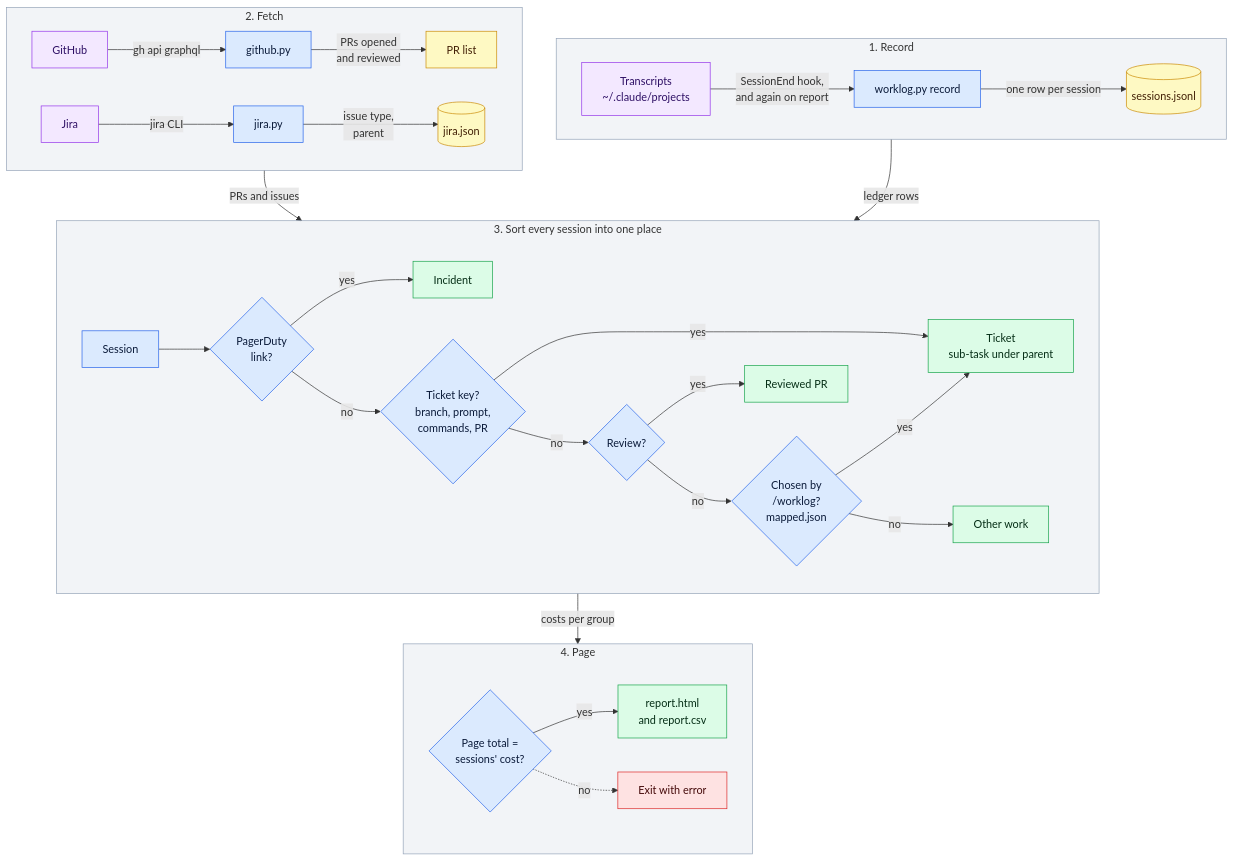
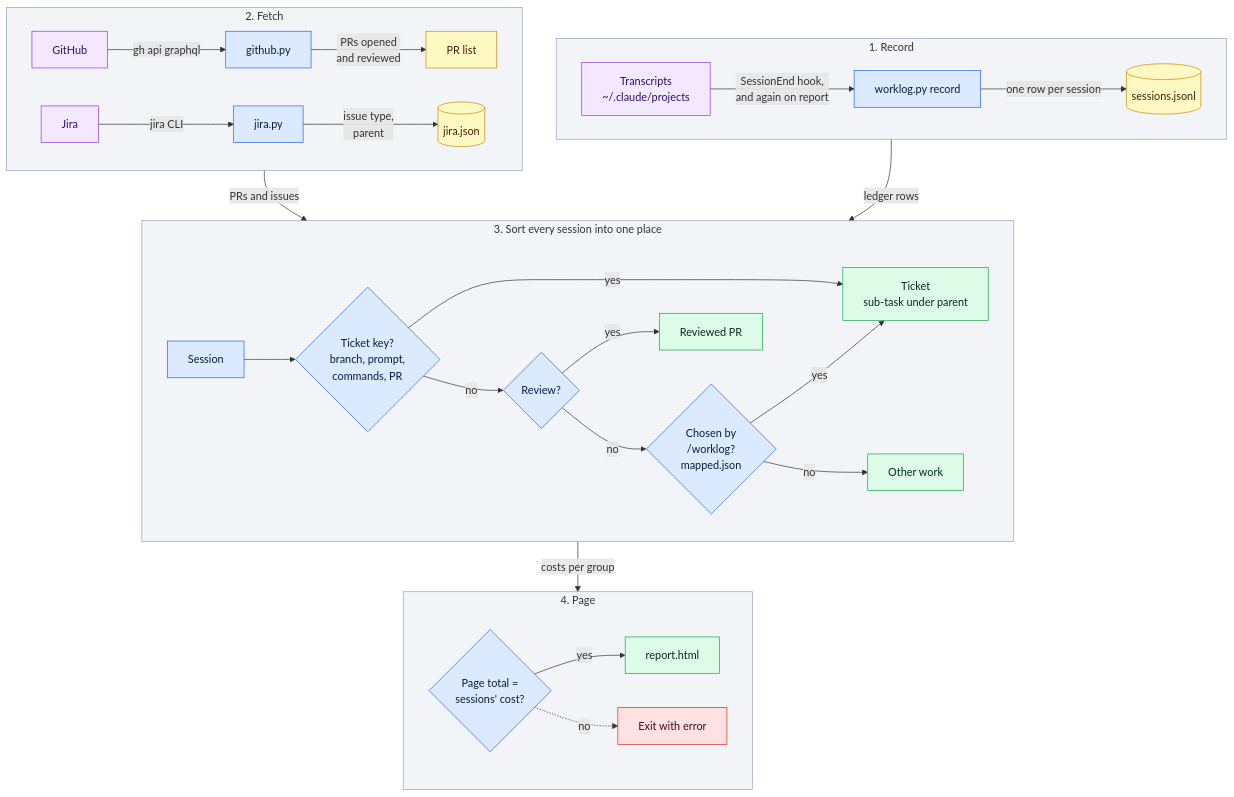
The diagram in skills/worklog/flow.mmd (araltiparmak/claude-harness), drawn with Mermaid before and after one commit. The commit also changed 6 other files, not shown here.

Commit message:
worklog: drop PagerDuty incidents, the CSV, the month-before comparison and the SessionStart hook; review sessions share one total

```diff
--- a/skills/worklog/flow.mmd
+++ b/skills/worklog/flow.mmd
@@ -1,42 +1,41 @@
 %% How /worklog turns sessions, pull requests and Jira issues into one page. Render: diagrams/scripts/render.sh flow.mmd
 flowchart TB
   subgraph fetch [2. Fetch]
     direction LR
     gh[GitHub] -- gh api graphql --> ghp[github.py] -- PRs opened<br/>and reviewed --> prs[PR list]
     jc[Jira] -- jira CLI --> jp[jira.py] -- issue type,<br/>parent --> cache[(jira.json)]
   end
   subgraph rec [1. Record]
     direction LR
     tr[Transcripts<br/>~/.claude/projects] -- SessionEnd hook,<br/>and again on report --> rc[worklog.py record] -- one row per session --> led[(sessions.jsonl)]
   end
   subgraph sort [3. Sort every session into one place]
     direction LR
-    s[Session] --> al{PagerDuty<br/>link?} -- yes --> inc[Incident]
-    al -- no --> key{Ticket key?<br/>branch, prompt,<br/>commands, PR} -- yes --> tk[Ticket<br/>sub-task under parent]
+    s[Session] --> key{Ticket key?<br/>branch, prompt,<br/>commands, PR} -- yes --> tk[Ticket<br/>sub-task under parent]
     key -- no --> rv{Review?} -- yes --> rpr[Reviewed PR]
     rv -- no --> mp{Chosen by<br/>/worklog?<br/>mapped.json} -- yes --> tk
     mp -- no --> oth[Other work]
   end
   subgraph out [4. Page]
     direction LR
-    chk{Page total =<br/>sessions' cost?} -- yes --> page[report.html<br/>and report.csv]
+    chk{Page total =<br/>sessions' cost?} -- yes --> page[report.html]
     chk -. no .-> stop[Exit with error]
   end
   fetch -- PRs and issues --> sort
   rec -- ledger rows --> sort
   sort -- costs per group --> out
 
   classDef step fill:#dbeafe,stroke:#2563eb,color:#0b1b3a
   classDef ext fill:#f3e8ff,stroke:#9333ea,color:#2e1065
   classDef data fill:#fef9c3,stroke:#ca8a04,color:#422006
   classDef fail fill:#fee2e2,stroke:#dc2626,color:#450a0a
   classDef done fill:#dcfce7,stroke:#16a34a,color:#052e16
-  class rc,ghp,jp,s,al,key,rv,mp,chk step
+  class rc,ghp,jp,s,key,rv,mp,chk step
   class tr,gh,jc ext
   class led,prs,cache data
   class stop fail
-  class inc,tk,rpr,oth,page done
+  class tk,rpr,oth,page done
   style rec fill:#94a3b81f,stroke:#94a3b8
   style fetch fill:#94a3b81f,stroke:#94a3b8
   style sort fill:#94a3b81f,stroke:#94a3b8
   style out fill:#94a3b81f,stroke:#94a3b8
```
